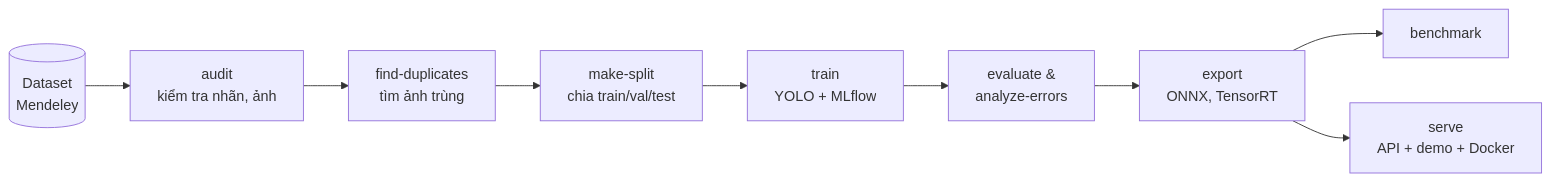
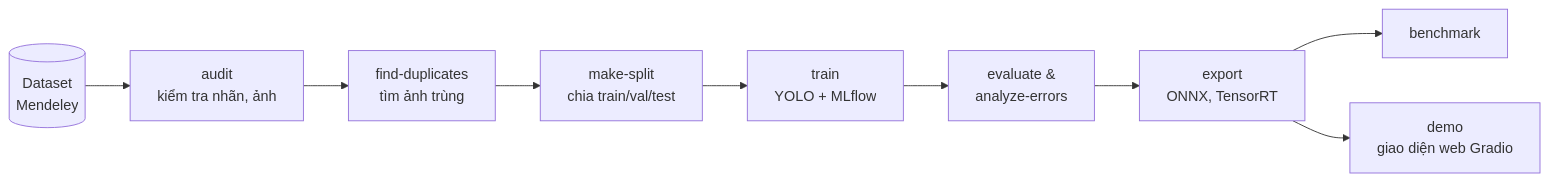
One commit to ngocluong0101/MilitaryAndCivilianVehicles changed the diagram in README.md. Above: the diagram before and after it, drawn with Mermaid. The commit also changed other lines of this file and 22 other files, not shown here.

Commit message:
Remove API service and Docker setup and update docs and tests

````diff
--- a/README.md
+++ b/README.md
@@ -13,11 +13,11 @@
 ```mermaid
 flowchart LR
     A[(Dataset<br/>Mendeley)] --> B[audit<br/>kiểm tra nhãn, ảnh]
     B --> C[find-duplicates<br/>tìm ảnh trùng]
     C --> D[make-split<br/>chia train/val/test]
     D --> E[train<br/>YOLO + MLflow]
     E --> F[evaluate &<br/>analyze-errors]
     F --> G[export<br/>ONNX, TensorRT]
     G --> H[benchmark]
-    G --> I[serve<br/>API + demo + Docker]
+    G --> I[demo<br/>giao diện web Gradio]
 ```
````
